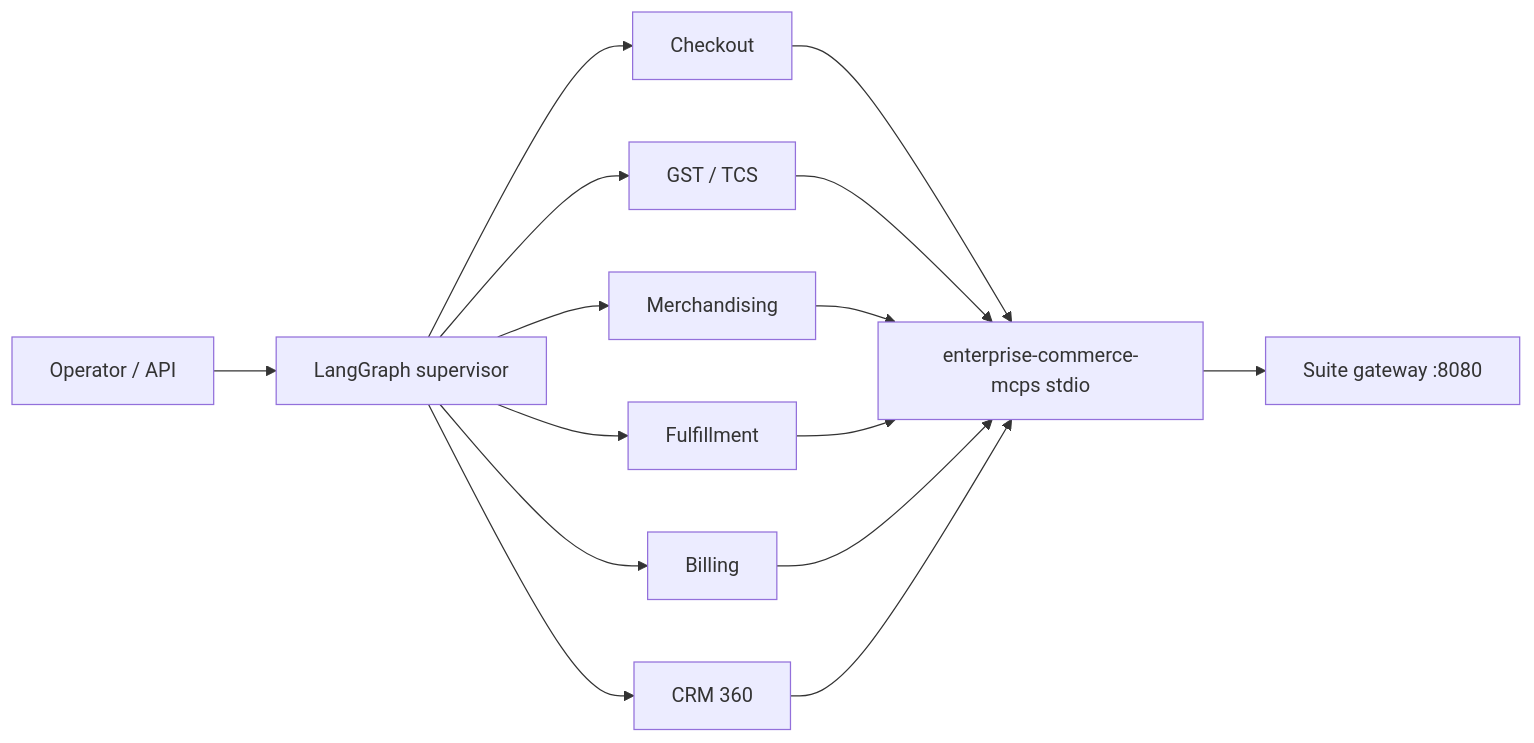
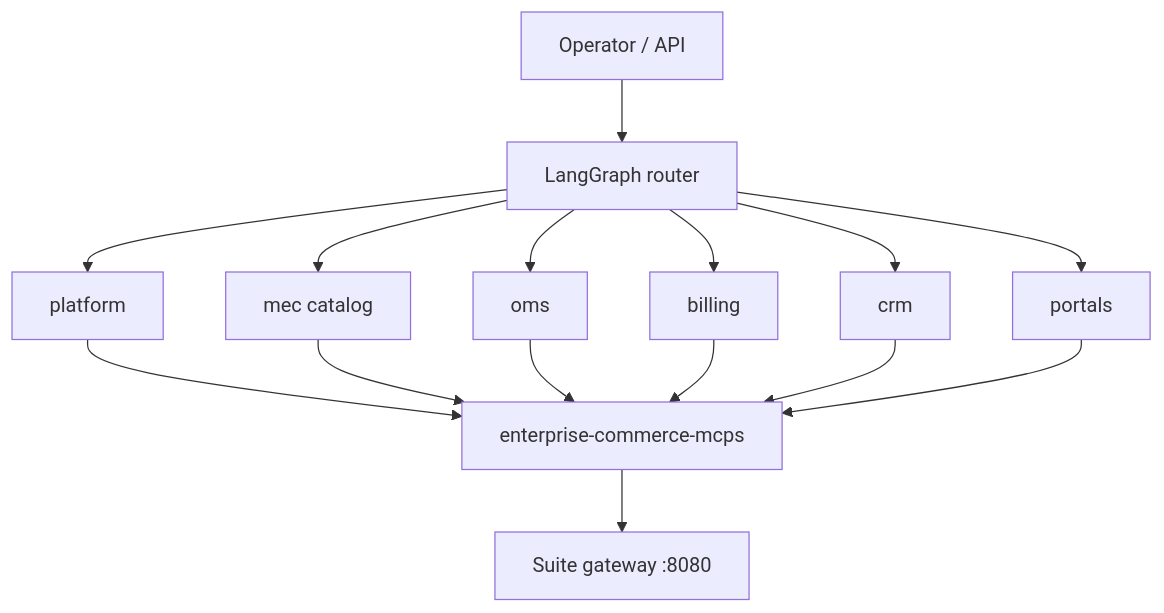
The diagram in README.md (Pawangunjkar/enterprise-commerce-agents), drawn with Mermaid before and after one commit. The commit also changed other lines of this file and 7 other files, not shown here.

````diff
--- a/README.md
+++ b/README.md
@@ -9,17 +11,17 @@
 ```mermaid
-flowchart LR
-  User["Operator / API"] --> LG["LangGraph supervisor"]
-  LG --> A1["Checkout"]
-  LG --> A2["GST / TCS"]
-  LG --> A3["Merchandising"]
-  LG --> A4["Fulfillment"]
-  LG --> A5["Billing"]
-  LG --> A6["CRM 360"]
-  A1 --> MCP["enterprise-commerce-mcps stdio"]
-  A2 --> MCP
-  A3 --> MCP
-  A4 --> MCP
-  A5 --> MCP
-  A6 --> MCP
+flowchart TB
+  User["Operator / API"] --> LG["LangGraph router"]
+  LG --> P["platform"]
+  LG --> M["mec catalog"]
+  LG --> O["oms"]
+  LG --> B["billing"]
+  LG --> C["crm"]
+  LG --> U["portals"]
+  P --> MCP["enterprise-commerce-mcps"]
+  M --> MCP
+  O --> MCP
+  B --> MCP
+  C --> MCP
+  U --> MCP
   MCP --> GW["Suite gateway :8080"]
 ```
````
